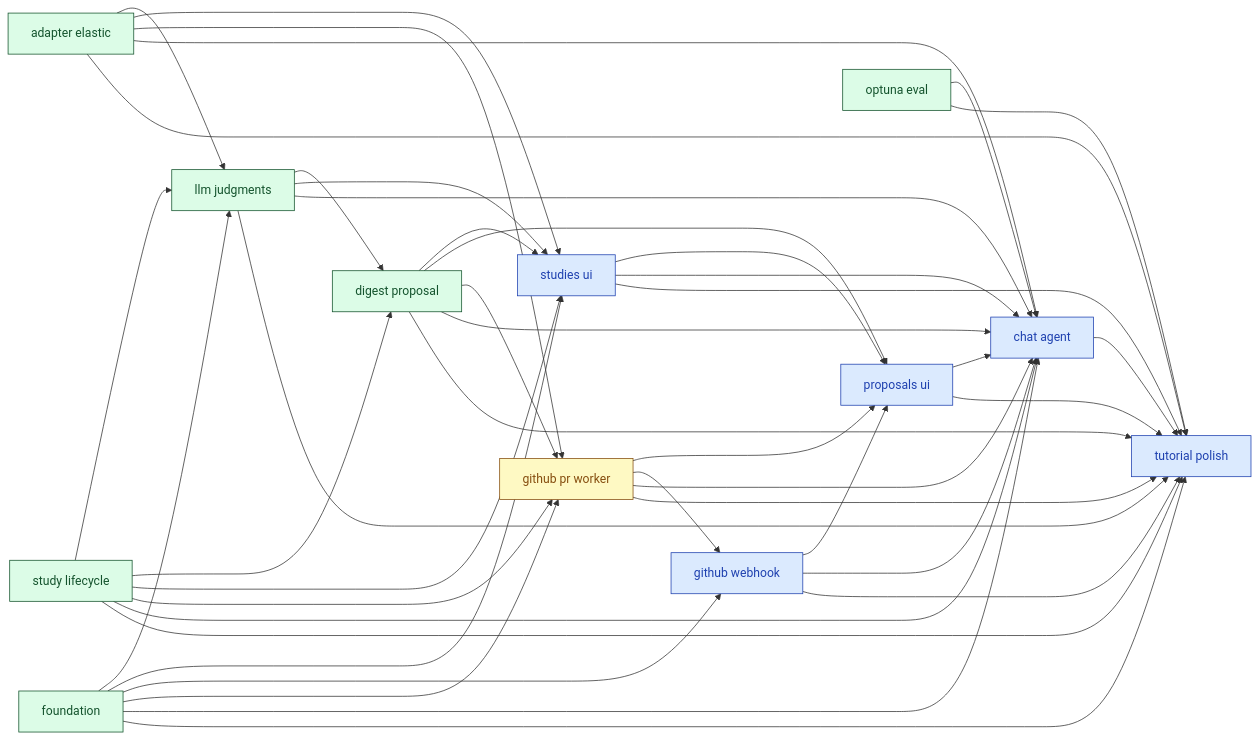
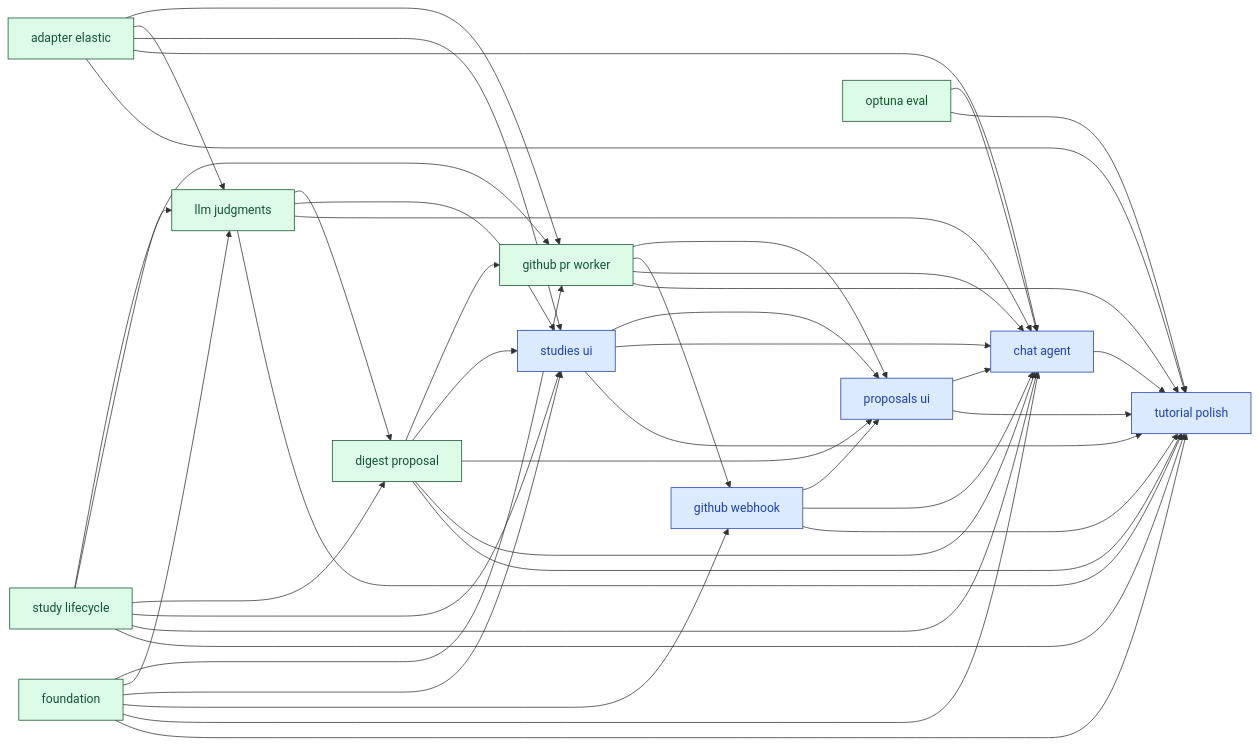
Before and after one commit to SoundMindsAI/relyloop: the diagram in docs/00_overview/MVP1_DASHBOARD.md, drawn with Mermaid. The commit also changed other lines of this file and 6 other files, not shown here.

First line of the commit message:
docs: finalize feat_github_pr_worker after PR #45 merge (#46)

````diff
--- a/docs/00_overview/MVP1_DASHBOARD.md
+++ b/docs/00_overview/MVP1_DASHBOARD.md
@@ -84,73 +83,73 @@
 ```mermaid
 graph LR
   classDef done fill:#dcfce7,stroke:#14532d,color:#14532d;
   classDef implement fill:#ffedd5,stroke:#9a3412,color:#9a3412;
   classDef plan fill:#fef9c3,stroke:#854d0e,color:#854d0e;
   classDef spec fill:#dbeafe,stroke:#1e40af,color:#1e40af;
   classDef idea fill:#f1f5f9,stroke:#334155,color:#334155;
   chore_tutorial_polish["tutorial polish"]
   class chore_tutorial_polish spec;
   feat_chat_agent["chat agent"]
   class feat_chat_agent spec;
-  feat_github_pr_worker["github pr worker"]
-  class feat_github_pr_worker plan;
   feat_github_webhook["github webhook"]
   class feat_github_webhook spec;
   feat_proposals_ui["proposals ui"]
   class feat_proposals_ui spec;
   feat_studies_ui["studies ui"]
   class feat_studies_ui spec;
   infra_foundation["foundation"]
   class infra_foundation done;
   feat_study_lifecycle["study lifecycle"]
   class feat_study_lifecycle done;
   infra_adapter_elastic["adapter elastic"]
   class infra_adapter_elastic done;
   infra_optuna_eval["optuna eval"]
   class infra_optuna_eval done;
   feat_digest_proposal["digest proposal"]
   class feat_digest_proposal done;
   feat_llm_judgments["llm judgments"]
   class feat_llm_judgments done;
+  feat_github_pr_worker["github pr worker"]
+  class feat_github_pr_worker done;
   feat_chat_agent --> chore_tutorial_polish
   feat_digest_proposal --> chore_tutorial_polish
   feat_github_pr_worker --> chore_tutorial_polish
   feat_github_webhook --> chore_tutorial_polish
   feat_llm_judgments --> chore_tutorial_polish
   feat_proposals_ui --> chore_tutorial_polish
   feat_studies_ui --> chore_tutorial_polish
   feat_study_lifecycle --> chore_tutorial_polish
   infra_adapter_elastic --> chore_tutorial_polish
   infra_foundation --> chore_tutorial_polish
   infra_optuna_eval --> chore_tutorial_polish
   feat_digest_proposal --> feat_chat_agent
   feat_github_pr_worker --> feat_chat_agent
   feat_github_webhook --> feat_chat_agent
   feat_llm_judgments --> feat_chat_agent
   feat_proposals_ui --> feat_chat_agent
   feat_studies_ui --> feat_chat_agent
   feat_study_lifecycle --> feat_chat_agent
   infra_adapter_elastic --> feat_chat_agent
   infra_foundation --> feat_chat_agent
   infra_optuna_eval --> feat_chat_agent
-  infra_foundation --> feat_github_pr_worker
-  infra_adapter_elastic --> feat_github_pr_worker
-  feat_study_lifecycle --> feat_github_pr_worker
-  feat_digest_proposal --> feat_github_pr_worker
   infra_foundation --> feat_github_webhook
   feat_github_pr_worker --> feat_github_webhook
   feat_studies_ui --> feat_proposals_ui
   feat_digest_proposal --> feat_proposals_ui
   feat_github_pr_worker --> feat_proposals_ui
   feat_github_webhook --> feat_proposals_ui
   infra_foundation --> feat_studies_ui
   feat_study_lifecycle --> feat_studies_ui
   feat_digest_proposal --> feat_studies_ui
   feat_llm_judgments --> feat_studies_ui
   infra_adapter_elastic --> feat_studies_ui
   feat_study_lifecycle --> feat_digest_proposal
   feat_llm_judgments --> feat_digest_proposal
   infra_foundation --> feat_llm_judgments
   infra_adapter_elastic --> feat_llm_judgments
   feat_study_lifecycle --> feat_llm_judgments
+  infra_foundation --> feat_github_pr_worker
+  infra_adapter_elastic --> feat_github_pr_worker
+  feat_study_lifecycle --> feat_github_pr_worker
+  feat_digest_proposal --> feat_github_pr_worker
 ```
````
